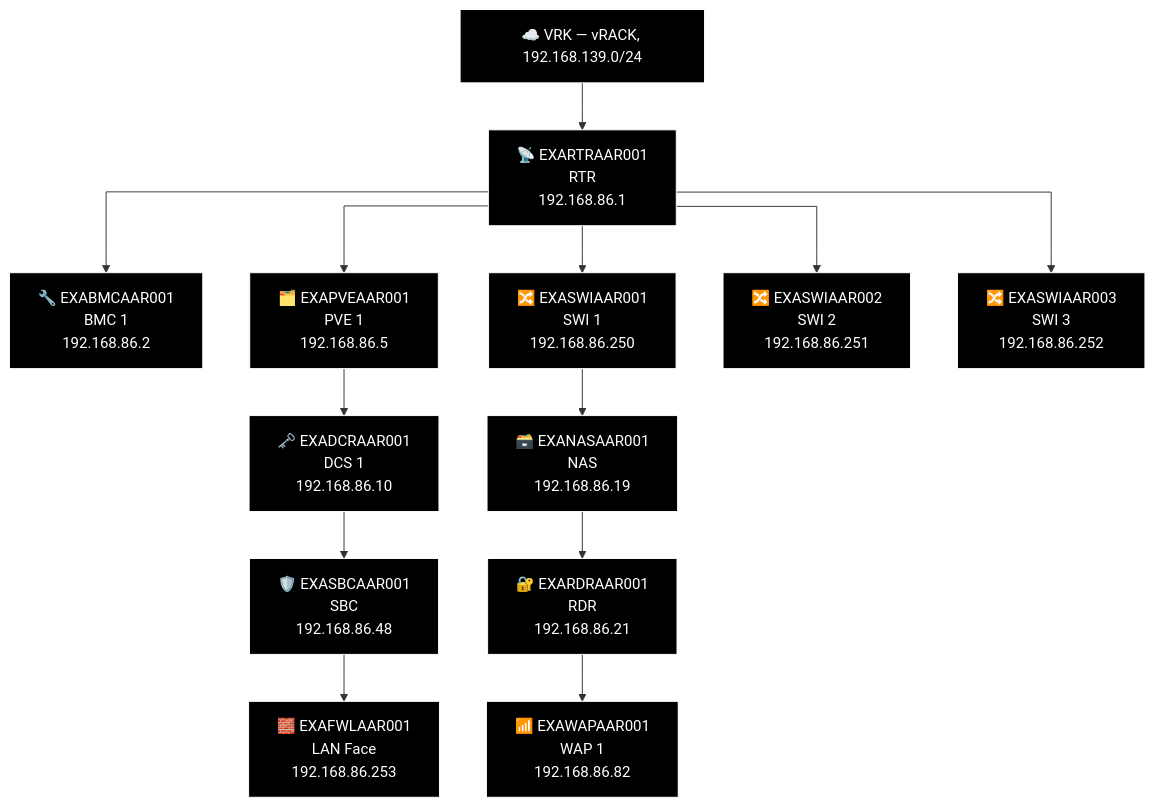
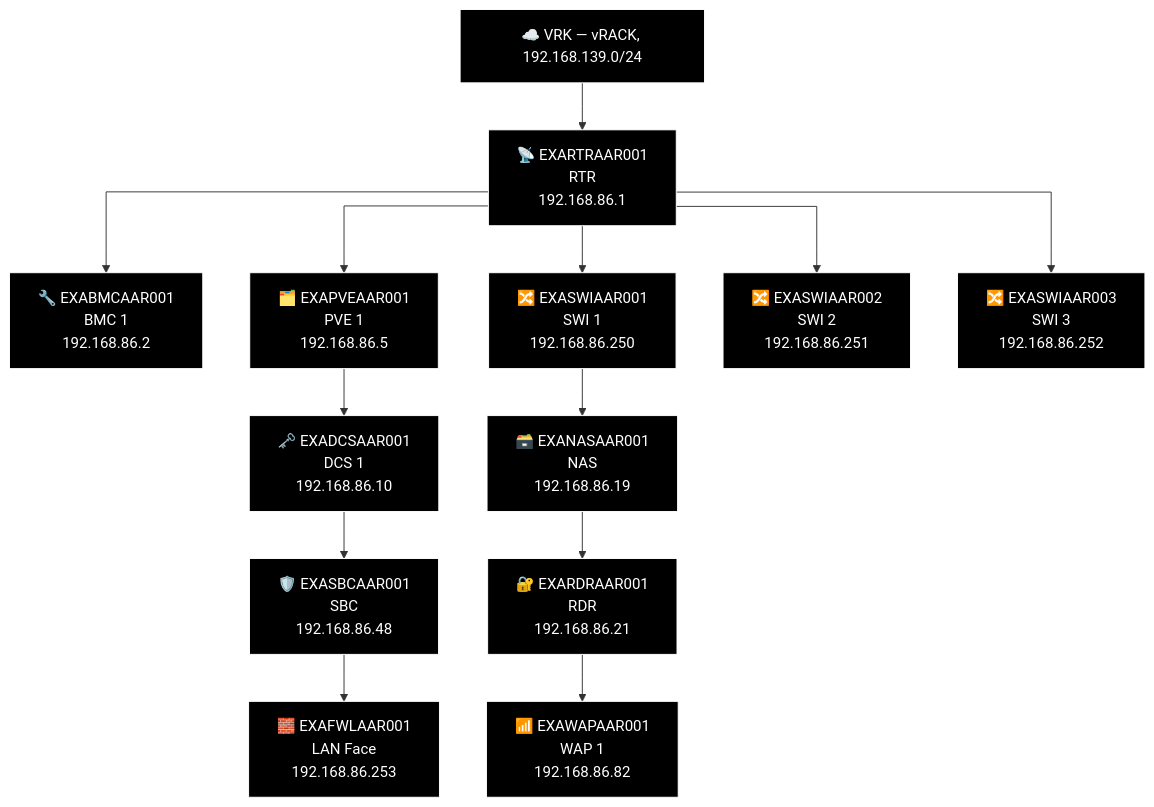
Before and after one commit to knightmare2600/example_music_infra: diagram 17 of 23 in docs/network-diagram/danmark.md, drawn with Mermaid. The commit also changed other lines of this file and 11 other files, not shown here.

````diff
--- a/docs/network-diagram/danmark.md
+++ b/docs/network-diagram/danmark.md
@@ -731,40 +731,40 @@
 ```mermaid
 %% GENERATED:TOPOLOGY:AAR:START
 %%{init: {'flowchart': {'curve': 'stepAfter'}}}%%
 graph TD
     T_VRK["☁️ VRK — vRACK, 192.168.139.0/24"]
     T_RTR["📡 EXARTRAAR001<br/>RTR<br/>192.168.86.1"]
     T_VRK --> T_RTR
     T_BMC["🔧 EXABMCAAR001<br/>BMC 1<br/>192.168.86.2"]
     T_RTR --> T_BMC
     T_PVE["🗂️ EXAPVEAAR001<br/>PVE 1<br/>192.168.86.5"]
     T_RTR --> T_PVE
     T_SWI["🔀 EXASWIAAR001<br/>SWI 1<br/>192.168.86.250"]
     T_RTR --> T_SWI
     T_SWI2["🔀 EXASWIAAR002<br/>SWI 2<br/>192.168.86.251"]
     T_RTR --> T_SWI2
     T_SWI3["🔀 EXASWIAAR003<br/>SWI 3<br/>192.168.86.252"]
     T_RTR --> T_SWI3
     T_NAS["🗃️ EXANASAAR001<br/>NAS<br/>192.168.86.19"]
     T_RDR["🔐 EXARDRAAR001<br/>RDR<br/>192.168.86.21"]
     T_WAP["📶 EXAWAPAAR001<br/>WAP 1<br/>192.168.86.82"]
     T_SWI --> T_NAS --> T_RDR --> T_WAP
-    T_DCS["🗝️ EXADCRAAR001<br/>DCS 1<br/>192.168.86.10"]
+    T_DCS["🗝️ EXADCSAAR001<br/>DCS 1<br/>192.168.86.10"]
     T_SBC["🛡️ EXASBCAAR001<br/>SBC<br/>192.168.86.48"]
     T_FWL["🧱 EXAFWLAAR001<br/>LAN Face<br/>192.168.86.253"]
     T_PVE --> T_DCS --> T_SBC --> T_FWL
     style T_VRK fill:#000000,stroke:#FFFFFF,color:#FFFFFF
     style T_RTR fill:#000000,stroke:#FFFFFF,color:#FFFFFF
     style T_BMC fill:#000000,stroke:#FFFFFF,color:#FFFFFF
     style T_PVE fill:#000000,stroke:#FFFFFF,color:#FFFFFF
     style T_SWI fill:#000000,stroke:#FFFFFF,color:#FFFFFF
     style T_SWI2 fill:#000000,stroke:#FFFFFF,color:#FFFFFF
     style T_SWI3 fill:#000000,stroke:#FFFFFF,color:#FFFFFF
     style T_NAS fill:#000000,stroke:#FFFFFF,color:#FFFFFF
     style T_RDR fill:#000000,stroke:#FFFFFF,color:#FFFFFF
     style T_WAP fill:#000000,stroke:#FFFFFF,color:#FFFFFF
     style T_DCS fill:#000000,stroke:#FFFFFF,color:#FFFFFF
     style T_SBC fill:#000000,stroke:#FFFFFF,color:#FFFFFF
     style T_FWL fill:#000000,stroke:#FFFFFF,color:#FFFFFF
 %% GENERATED:TOPOLOGY:AAR:END
 ```
````
